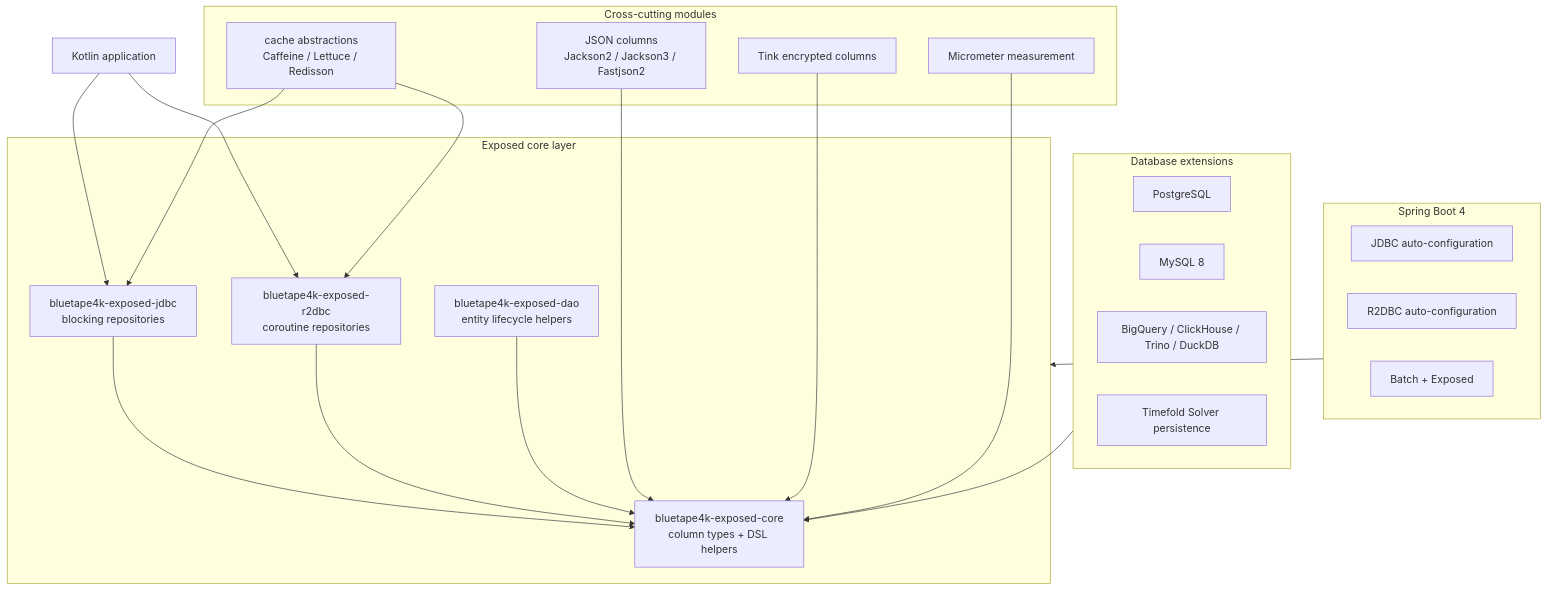
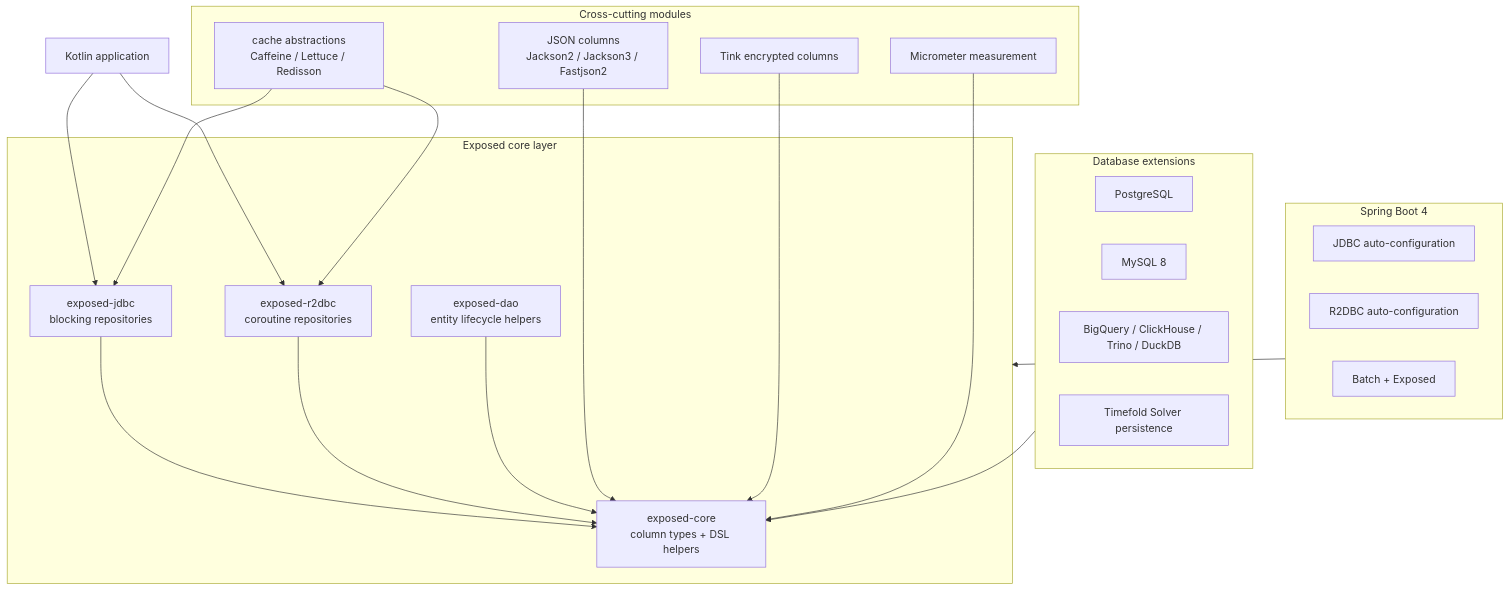
Before and after one commit to bluetape4k/bluetape4k-exposed: the diagram in README.md, drawn with Mermaid. The commit also changed other lines of this file and 127 other files, not shown here.

````diff
--- a/README.md
+++ b/README.md
@@ -35,44 +35,44 @@
 ```mermaid
 flowchart TD
     APP["Kotlin application"]
 
     subgraph Core["Exposed core layer"]
-        CORE["bluetape4k-exposed-core\ncolumn types + DSL helpers"]
-        DAO["bluetape4k-exposed-dao\nentity lifecycle helpers"]
-        JDBC["bluetape4k-exposed-jdbc\nblocking repositories"]
-        R2DBC["bluetape4k-exposed-r2dbc\ncoroutine repositories"]
+        CORE["exposed-core\ncolumn types + DSL helpers"]
+        DAO["exposed-dao\nentity lifecycle helpers"]
+        JDBC["exposed-jdbc\nblocking repositories"]
+        R2DBC["exposed-r2dbc\ncoroutine repositories"]
     end
 
     subgraph CrossCutting["Cross-cutting modules"]
         CACHE["cache abstractions\nCaffeine / Lettuce / Redisson"]
         JSON["JSON columns\nJackson2 / Jackson3 / Fastjson2"]
         TINK["Tink encrypted columns"]
         METRICS["Micrometer measurement"]
     end
 
     subgraph Dialects["Database extensions"]
         PG["PostgreSQL"]
         MYSQL["MySQL 8"]
         ANALYTICS["BigQuery / ClickHouse / Trino / DuckDB"]
         TIMEFOLD["Timefold Solver persistence"]
     end
 
     subgraph Boot["Spring Boot 4"]
         BOOTJDBC["JDBC auto-configuration"]
         BOOTR2DBC["R2DBC auto-configuration"]
         BATCH["Batch + Exposed"]
     end
 
     APP --> JDBC
     APP --> R2DBC
     JDBC --> CORE
     R2DBC --> CORE
     DAO --> CORE
     CACHE --> JDBC
     CACHE --> R2DBC
     JSON --> CORE
     TINK --> CORE
     METRICS --> CORE
     Dialects --> CORE
     Boot --> Core
 ```
````
